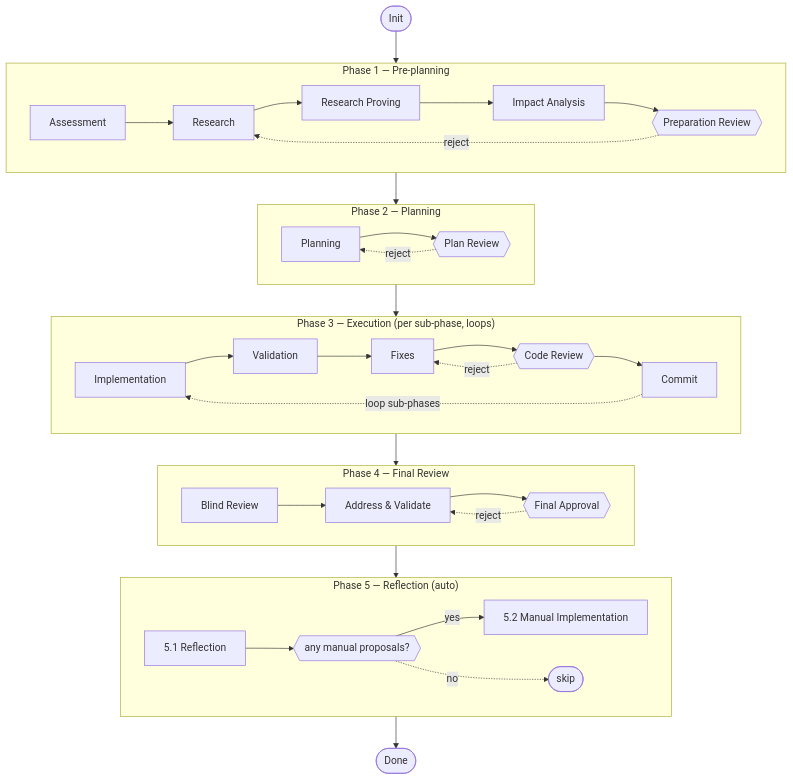
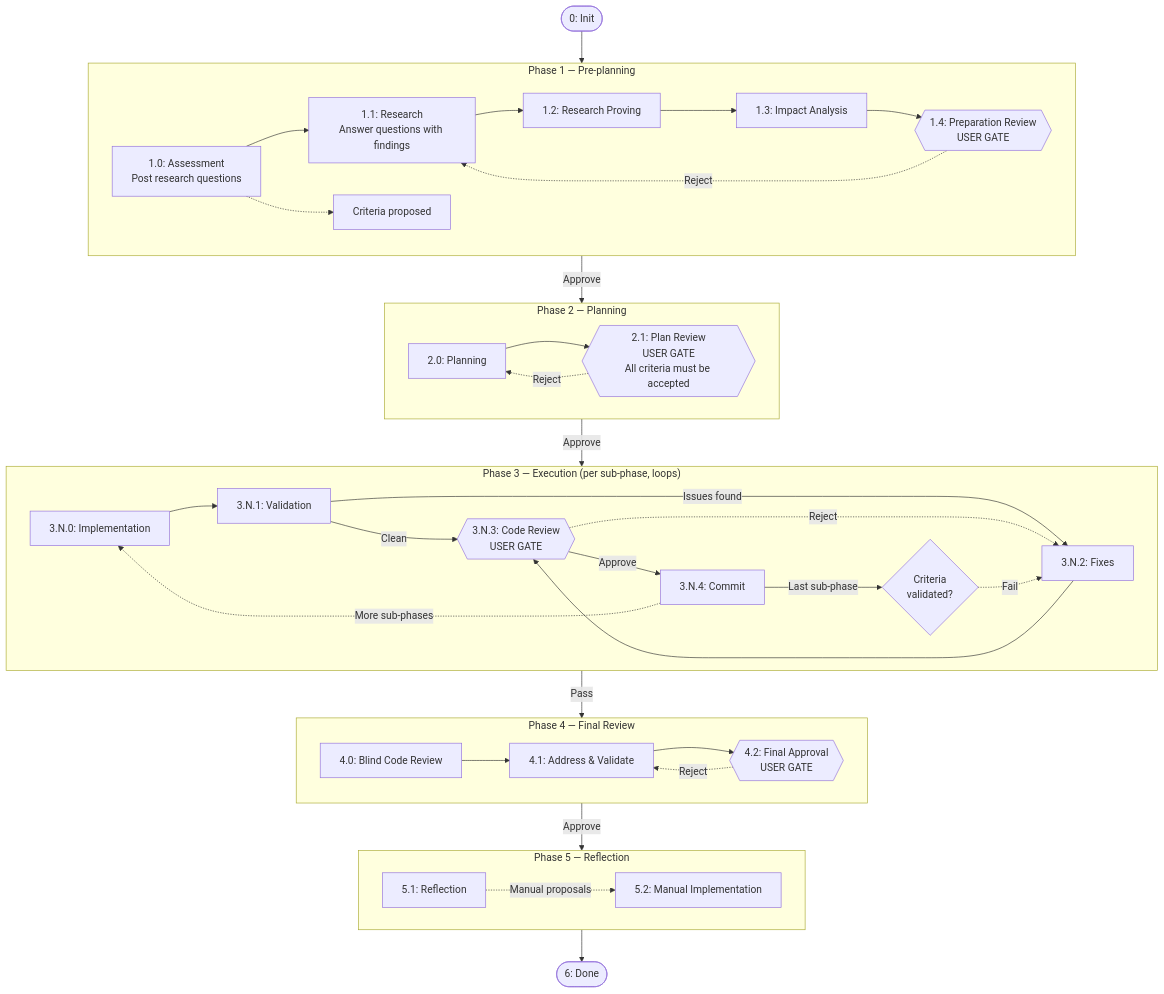
Before and after one commit to IgnatRozhkoTR/governed-workflow: the diagram in README.md, drawn with Mermaid.

Commit message:
Refine the README workflow diagram: subgraph-to-subgraph wiring and accurate criteria attribution
Connect phases at the subgraph level instead of via individual gate
nodes so each subgraph keeps its LR direction (otherwise GitHub renders
the inside top-to-bottom and the figure stretches vertically again).
Also fix the "Criteria proposed" side-branch so it comes off 1.0
Assessment (where workspace_propose_criteria actually fires), not 1.3
Impact Analysis. Plus richer node labels for what each phase does.

````diff
--- a/README.md
+++ b/README.md
@@ -11,45 +11,50 @@
 ```mermaid
 flowchart TB
-    Start([Init])
+    Start([0: Init])
 
     subgraph P1["Phase 1 — Pre-planning"]
         direction LR
-        A[Assessment] --> R[Research] --> RP[Research Proving] --> IA[Impact Analysis] --> G1{{Preparation Review}}
-        G1 -.->|reject| R
+        A["1.0: Assessment<br/>Post research questions"] --> R["1.1: Research<br/>Answer questions with findings"] --> RP["1.2: Research Proving"] --> IA["1.3: Impact Analysis"] --> G1{{"1.4: Preparation Review<br/>USER GATE"}}
+        A -.-> AC["Criteria proposed"]
+        G1 -.->|Reject| R
     end
 
     subgraph P2["Phase 2 — Planning"]
         direction LR
-        PL[Planning] --> G2{{Plan Review}}
-        G2 -.->|reject| PL
+        PL["2.0: Planning"] --> G2{{"2.1: Plan Review<br/>USER GATE<br/>All criteria must be accepted"}}
+        G2 -.->|Reject| PL
     end
 
     subgraph P3["Phase 3 — Execution (per sub-phase, loops)"]
         direction LR
-        IM[Implementation] --> V[Validation] --> F[Fixes] --> G3{{Code Review}} --> C[Commit]
-        G3 -.->|reject| F
-        C -.->|loop sub-phases| IM
+        IM["3.N.0: Implementation"] --> V["3.N.1: Validation"]
+        V -->|Clean| G3{{"3.N.3: Code Review<br/>USER GATE"}}
+        V -->|Issues found| F["3.N.2: Fixes"]
+        F --> G3
+        G3 -->|Approve| C["3.N.4: Commit"]
+        G3 -.->|Reject| F
+        C -.->|More sub-phases| IM
+        C -->|Last sub-phase| CV{"Criteria<br/>validated?"}
+        CV -.->|Fail| F
     end
 
     subgraph P4["Phase 4 — Final Review"]
         direction LR
-        BR[Blind Review] --> AV[Address & Validate] --> G4{{Final Approval}}
-        G4 -.->|reject| AV
+        BR["4.0: Blind Code Review"] --> AV["4.1: Address & Validate"] --> G4{{"4.2: Final Approval<br/>USER GATE"}}
+        G4 -.->|Reject| AV
     end
 
-    subgraph P5["Phase 5 — Reflection (auto)"]
+    subgraph P5["Phase 5 — Reflection"]
         direction LR
-        REF["5.1 Reflection"] --> Q{{any manual proposals?}}
-        Q -->|yes| MAN["5.2 Manual Implementation"]
-        Q -.->|no| SKIP([skip])
+        REF["5.1: Reflection"] -.->|Manual proposals| MI["5.2: Manual Implementation"]
     end
 
-    Finish([Done])
+    Finish([6: Done])
 
     Start --> P1
-    P1 --> P2
-    P2 --> P3
-    P3 --> P4
-    P4 --> P5
+    P1 -->|Approve| P2
+    P2 -->|Approve| P3
+    P3 -->|Pass| P4
+    P4 -->|Approve| P5
     P5 --> Finish
 ```
````
